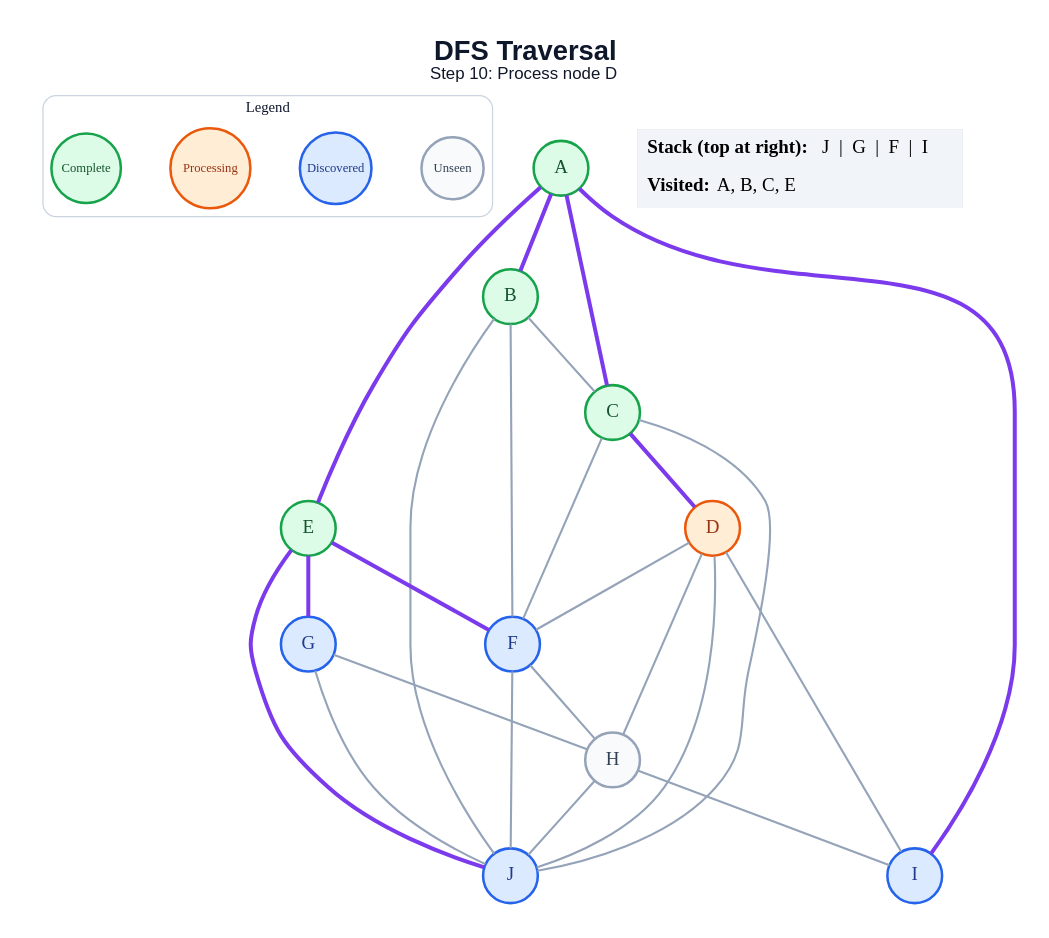
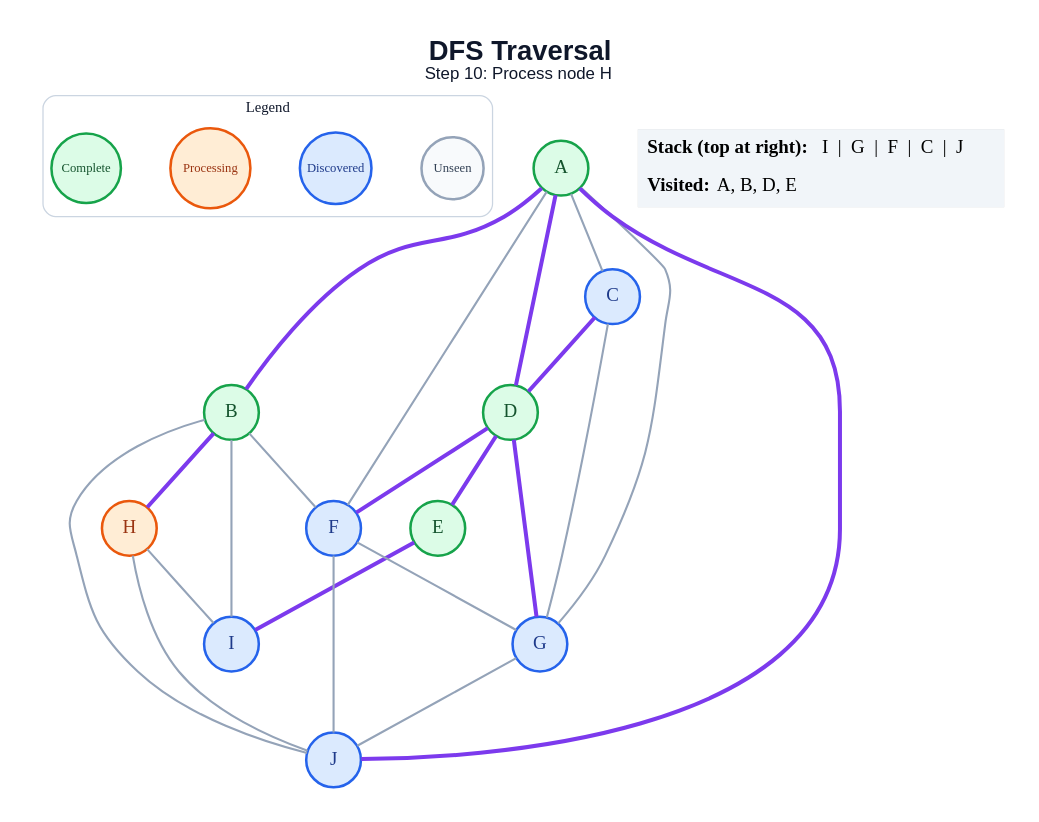
The diagram in generated/specific-node/dfs/step_10.dot (anon7238593-create/ai-slop), drawn with Graphviz before and after one commit. The commit also changed 178 other files, not shown here.

```diff
--- a/generated/specific-node/dfs/step_10.dot
+++ b/generated/specific-node/dfs/step_10.dot
@@ -1,52 +1,50 @@
 graph traversal {
   graph [layout=dot, rankdir=TB, bgcolor="#FFFFFF", pad="0.35", nodesep="0.65", ranksep="0.8", fontname="Arial"];
   node [shape=circle, style="filled", fontname="Arial Bold", fontsize=18, width=0.72, fixedsize=true, penwidth=2.4];
   edge [color="#94A3B8", penwidth=2.0];
-  label=<<B>DFS Traversal</B><BR/><FONT POINT-SIZE="16">Step 10: Process node D</FONT>>; labelloc="t"; fontsize=26; fontname="Arial"; fontcolor="#0F172A";
+  label=<<B>DFS Traversal</B><BR/><FONT POINT-SIZE="16">Step 10: Process node H</FONT>>; labelloc="t"; fontsize=26; fontname="Arial"; fontcolor="#0F172A";
   subgraph cluster_legend { label="Legend"; color="#CBD5E1"; penwidth=1.2; style="rounded"; fontsize=14; fontname="Arial Bold";
     key_unseen [label="Unseen", fillcolor="#F8FAFC", color="#94A3B8", fontcolor="#334155", fontsize=12, width=0.82];
     key_frontier [label="Discovered", fillcolor="#DBEAFE", color="#2563EB", fontcolor="#1E3A8A", fontsize=12, width=0.95];
     key_current [label="Processing", fillcolor="#FFEDD5", color="#EA580C", fontcolor="#9A3412", fontsize=12, width=1.05];
     key_done [label="Complete", fillcolor="#DCFCE7", color="#16A34A", fontcolor="#14532D", fontsize=12, width=0.92];
     { rank=same; key_unseen; key_frontier; key_current; key_done; }
   }
   A [fillcolor="#DCFCE7", color="#16A34A", fontcolor="#14532D"];
   B [fillcolor="#DCFCE7", color="#16A34A", fontcolor="#14532D"];
-  C [fillcolor="#DCFCE7", color="#16A34A", fontcolor="#14532D"];
-  D [fillcolor="#FFEDD5", color="#EA580C", fontcolor="#9A3412"];
+  C [fillcolor="#DBEAFE", color="#2563EB", fontcolor="#1E3A8A"];
+  D [fillcolor="#DCFCE7", color="#16A34A", fontcolor="#14532D"];
   E [fillcolor="#DCFCE7", color="#16A34A", fontcolor="#14532D"];
   F [fillcolor="#DBEAFE", color="#2563EB", fontcolor="#1E3A8A"];
   G [fillcolor="#DBEAFE", color="#2563EB", fontcolor="#1E3A8A"];
-  H [fillcolor="#F8FAFC", color="#94A3B8", fontcolor="#334155"];
+  H [fillcolor="#FFEDD5", color="#EA580C", fontcolor="#9A3412"];
   I [fillcolor="#DBEAFE", color="#2563EB", fontcolor="#1E3A8A"];
   J [fillcolor="#DBEAFE", color="#2563EB", fontcolor="#1E3A8A"];
   A -- B [color="#7C3AED", penwidth=3.8];
-  A -- C [color="#7C3AED", penwidth=3.8];
-  A -- E [color="#7C3AED", penwidth=3.8];
-  A -- I [color="#7C3AED", penwidth=3.8];
-  B -- C;
+  A -- C;
+  A -- D [color="#7C3AED", penwidth=3.8];
+  A -- F;
+  A -- G;
+  A -- J [color="#7C3AED", penwidth=3.8];
   B -- F;
+  B -- H [color="#7C3AED", penwidth=3.8];
+  B -- I;
   B -- J;
   C -- D [color="#7C3AED", penwidth=3.8];
-  C -- F;
-  C -- J;
-  D -- F;
-  D -- H;
-  D -- I;
-  D -- J;
-  E -- F [color="#7C3AED", penwidth=3.8];
-  E -- G [color="#7C3AED", penwidth=3.8];
-  E -- J [color="#7C3AED", penwidth=3.8];
-  F -- H;
+  C -- G;
+  D -- E [color="#7C3AED", penwidth=3.8];
+  D -- F [color="#7C3AED", penwidth=3.8];
+  D -- G [color="#7C3AED", penwidth=3.8];
+  E -- I [color="#7C3AED", penwidth=3.8];
+  F -- G;
   F -- J;
-  G -- H;
   G -- J;
   H -- I;
   H -- J;
   status [shape=plain, fixedsize=false, width=0, height=0, margin=0, label=<
     <TABLE BORDER="0" CELLBORDER="0" CELLPADDING="7" BGCOLOR="#F1F5F9">
-      <TR><TD ALIGN="LEFT"><B>Stack (top at right):</B> J  |  G  |  F  |  I</TD></TR>
-      <TR><TD ALIGN="LEFT"><B>Visited:</B> A, B, C, E</TD></TR>
+      <TR><TD ALIGN="LEFT"><B>Stack (top at right):</B> I  |  G  |  F  |  C  |  J</TD></TR>
+      <TR><TD ALIGN="LEFT"><B>Visited:</B> A, B, D, E</TD></TR>
     </TABLE>
   >];
 }
```
